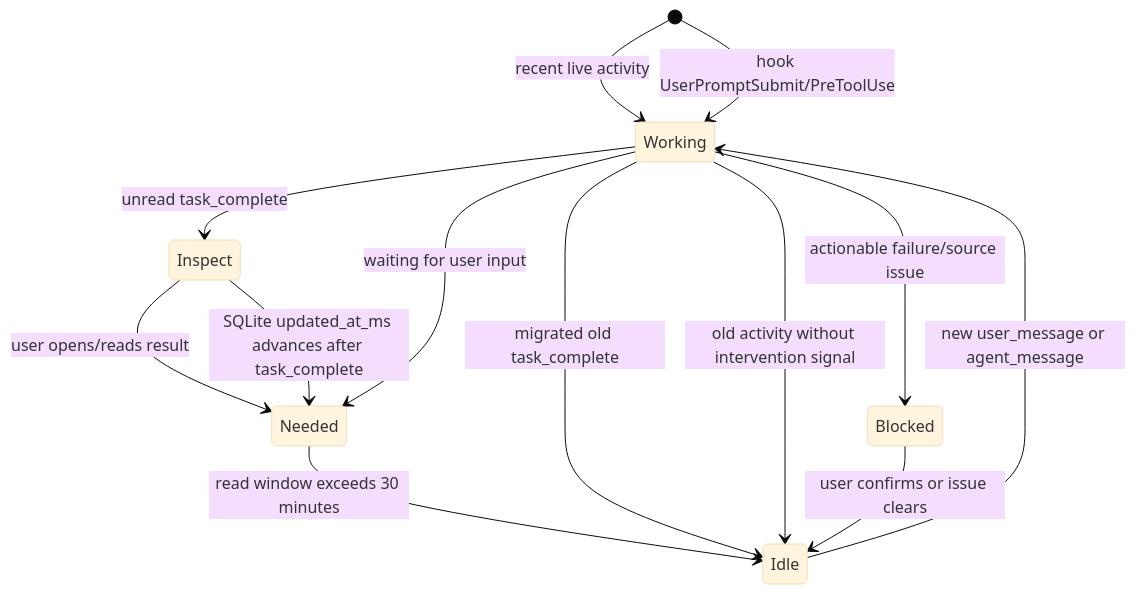
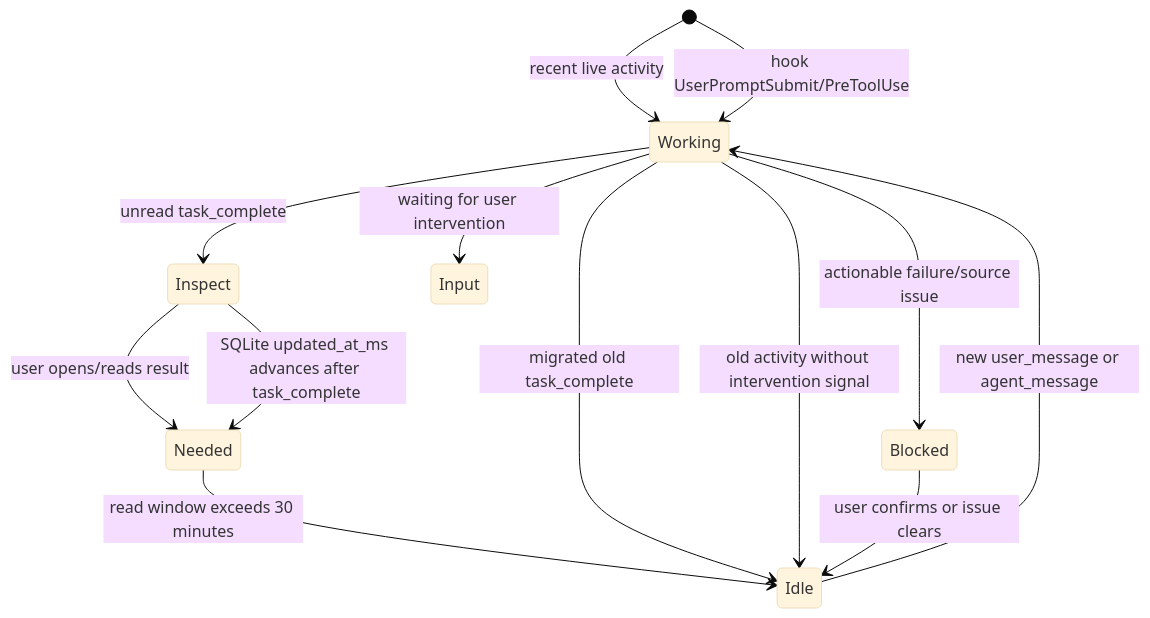
One commit to zhatongning/attn changed the diagram in docs/status-flow.md. Above: the diagram before and after it, drawn with Mermaid (base theme). The commit also changed other lines of this file and 16 other files, not shown here.

````diff
--- a/docs/status-flow.md
+++ b/docs/status-flow.md
@@ -257,15 +269,15 @@
 ```mermaid
 stateDiagram-v2
     [*] --> Working: recent live activity
     [*] --> Working: hook UserPromptSubmit/PreToolUse
     Working --> Inspect: unread task_complete
     Inspect --> Needed: user opens/reads result
     Inspect --> Needed: SQLite updated_at_ms advances after task_complete
     Needed --> Idle: read window exceeds 30 minutes
     Working --> Idle: migrated old task_complete
     Working --> Idle: old activity without intervention signal
-    Working --> Needed: waiting for user input
+    Working --> Input: waiting for user intervention
     Working --> Blocked: actionable failure/source issue
     Blocked --> Idle: user confirms or issue clears
     Idle --> Working: new user_message or agent_message
 ```
````
